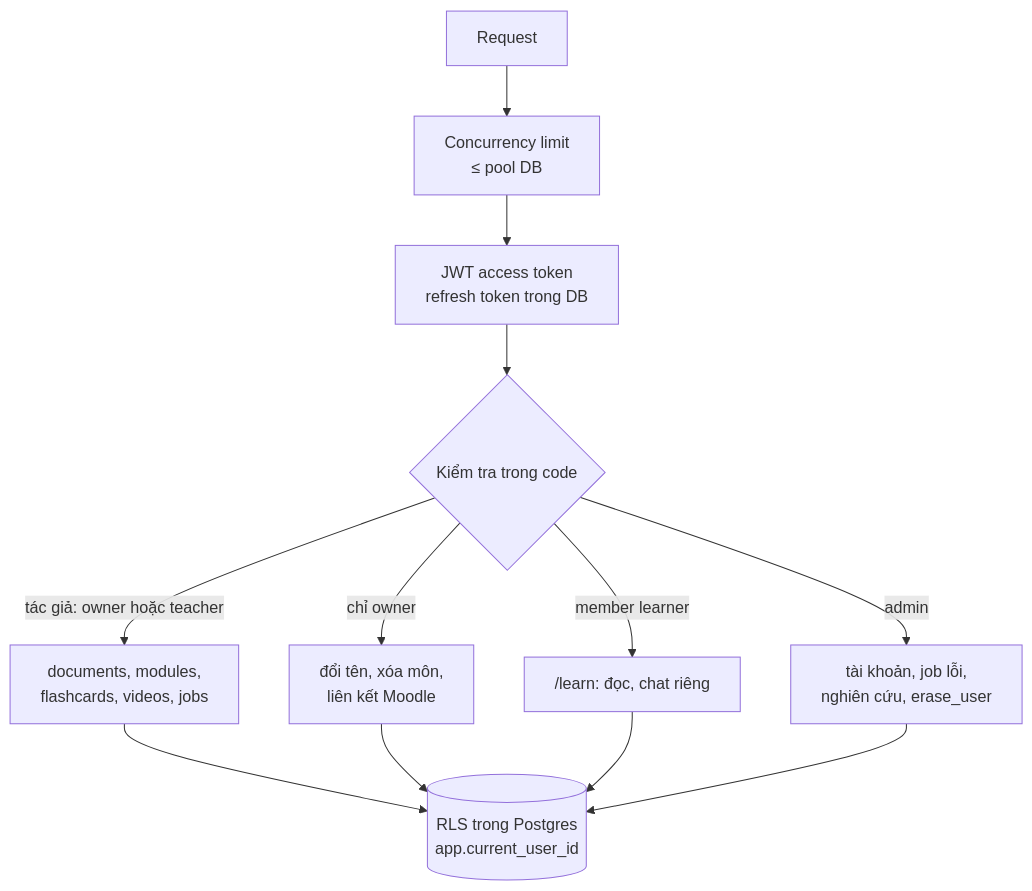
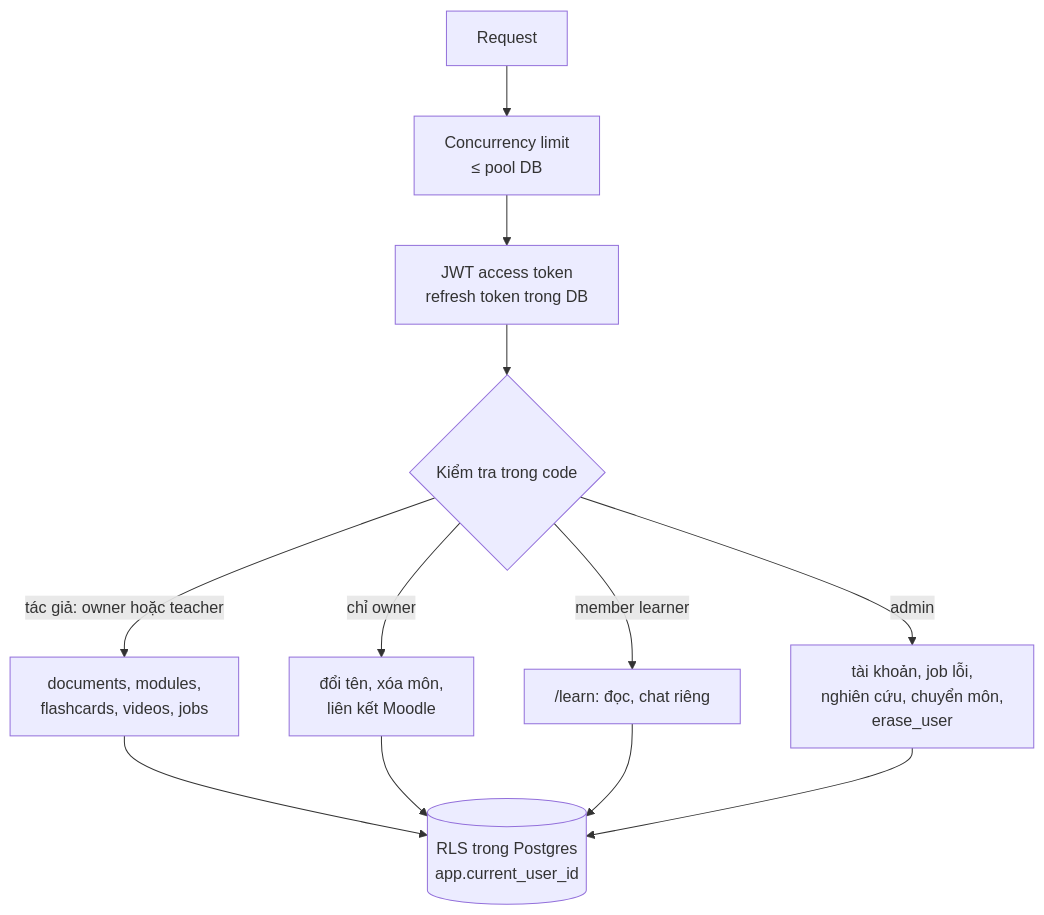
The second of 11 diagrams in docs/architecture/hld-lld.md (datduongabc/genai-microlearning), drawn with Mermaid before and after one commit. The commit also changed other lines of this file and 1 other file, not shown here.

````diff
--- a/docs/architecture/hld-lld.md
+++ b/docs/architecture/hld-lld.md
@@ -63,11 +63,11 @@
 ```mermaid
 flowchart TB
   R[Request] --> MW[Concurrency limit<br/>≤ pool DB]
   MW --> AUTH[JWT access token<br/>refresh token trong DB]
   AUTH --> DEP{Kiểm tra trong code}
   DEP -->|tác giả: owner hoặc teacher| AUTHOR[documents, modules,<br/>flashcards, videos, jobs]
   DEP -->|chỉ owner| OWN[đổi tên, xóa môn,<br/>liên kết Moodle]
   DEP -->|member learner| LEARN["/learn: đọc, chat riêng"]
-  DEP -->|admin| ADM[tài khoản, job lỗi,<br/>nghiên cứu, erase_user]
+  DEP -->|admin| ADM[tài khoản, job lỗi,<br/>nghiên cứu, chuyển môn,<br/>erase_user]
   AUTHOR & OWN & LEARN & ADM --> RLS[(RLS trong Postgres<br/>app.current_user_id)]
 ```
````
